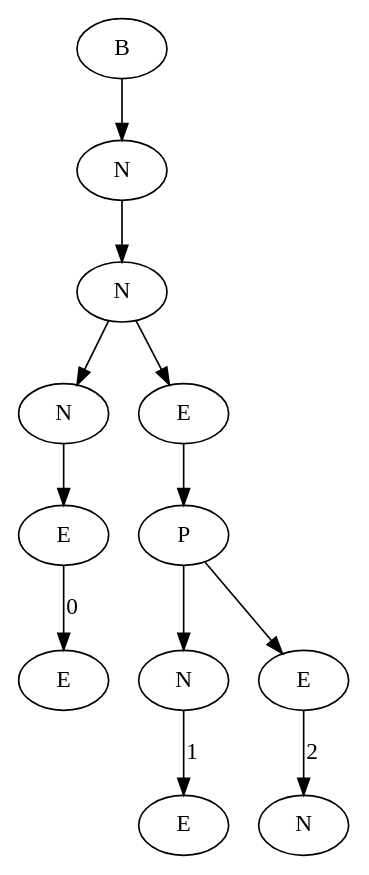
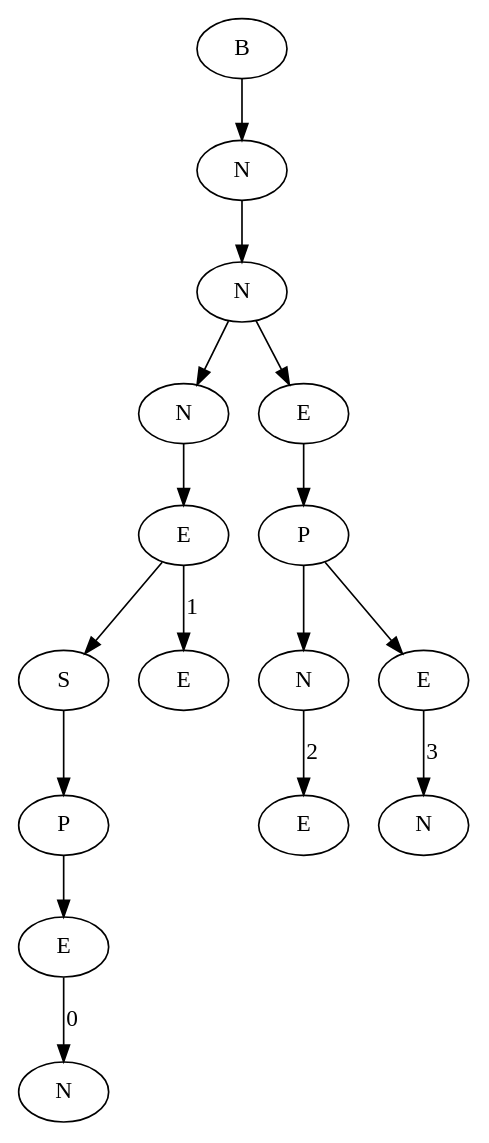
The diagram in Tom and Jerry/viz.dot (Iliyan0411/Data-Structures), drawn with Graphviz before and after one commit. The commit also changed 4 other files, not shown here.

```diff
--- a/Tom and Jerry/viz.dot
+++ b/Tom and Jerry/viz.dot
@@ -1,25 +1,33 @@
 digraph G{
-7580752[label="E"]
-7581328[label="E"]
-7581328->7580752[label=0];
-7581008[label="N"]
-7581008->7581328;
-7581520[label="E"]
-7580944[label="N"]
-7580944->7581520[label=1];
-7581136[label="N"]
-7581200[label="E"]
-7581200->7581136[label=2];
-7581168[label="P"]
-7581168->7580944;
-7581168->7581200;
-7580880[label="E"]
-7580880->7581168;
-7581392[label="N"]
-7581392->7581008;
-7581392->7580880;
-7581264[label="N"]
-7581264->7581392;
-7581296[label="B"]
-7581296->7581264;
+8373224[label="N"]
+8373320[label="E"]
+8373320->8373224[label=0];
+8373672[label="P"]
+8373672->8373320;
+8372936[label="S"]
+8372936->8373672;
+8373256[label="E"]
+8373160[label="E"]
+8373160->8372936;
+8373160->8373256[label=1];
+8373064[label="N"]
+8373064->8373160;
+8373384[label="E"]
+8373640[label="N"]
+8373640->8373384[label=2];
+8376560[label="N"]
+8373800[label="E"]
+8373800->8376560[label=3];
+8373480[label="P"]
+8373480->8373640;
+8373480->8373800;
+8373416[label="E"]
+8373416->8373480;
+8373096[label="N"]
+8373096->8373064;
+8373096->8373416;
+8372872[label="N"]
+8372872->8373096;
+8373000[label="B"]
+8373000->8372872;
 }
```
